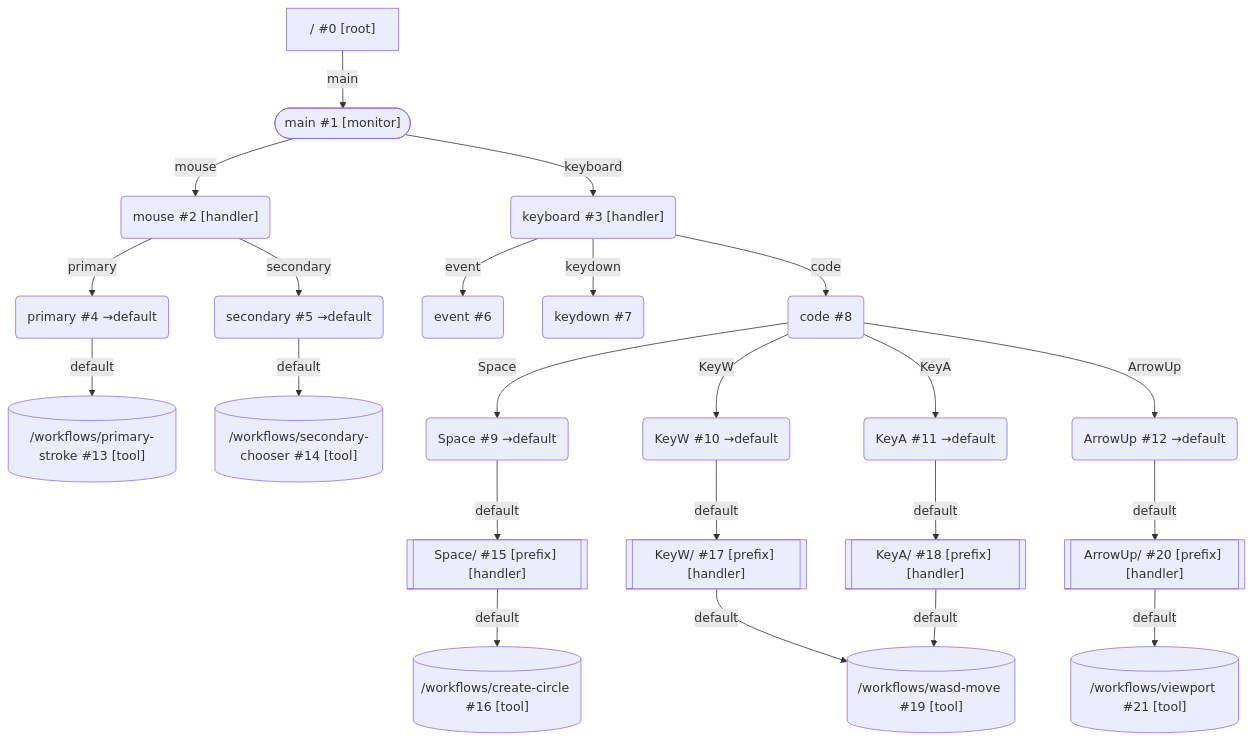
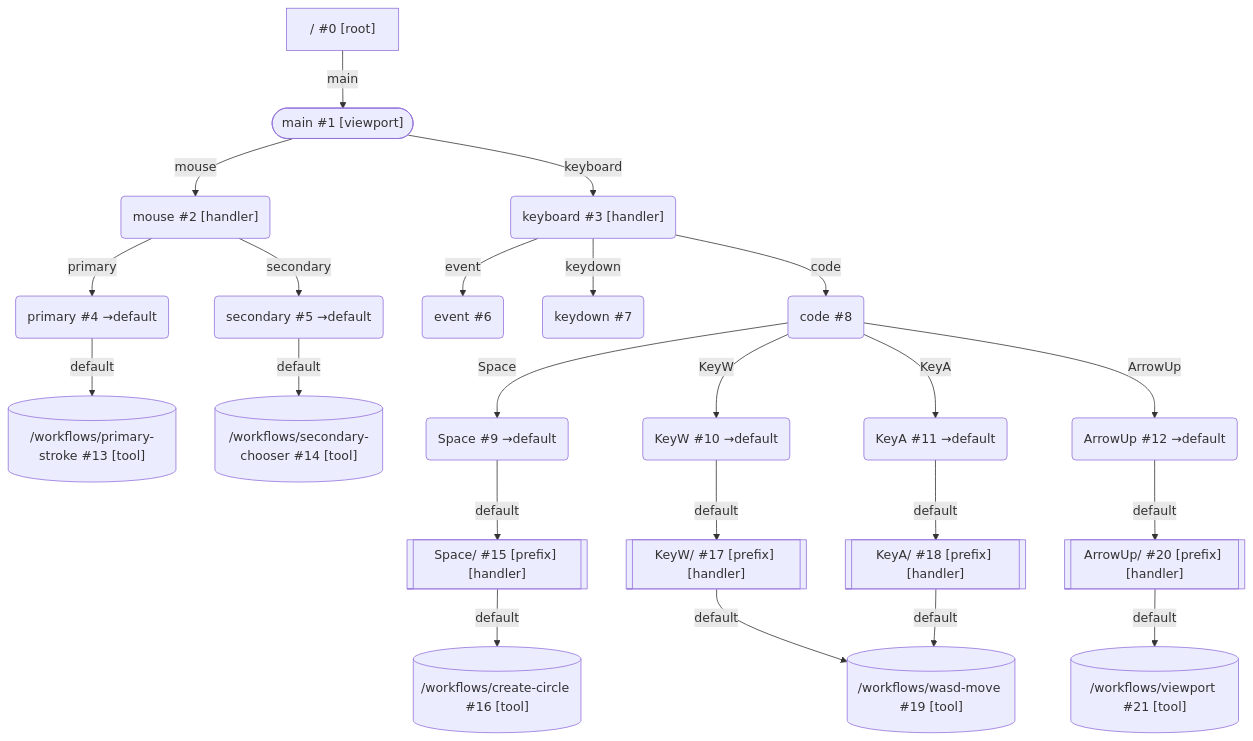
One commit to Frank-Steven/HoundWhiteboard changed the diagram in src/core/devices-dag/docs/devices-dag-example.md. Above: the diagram before and after it, drawn with Mermaid. The commit also changed other lines of this file and 98 other files, not shown here.

Commit message:
refactor(viewport): 将 Monitor 全线重命名为 Viewport

````diff
--- a/src/core/devices-dag/docs/devices-dag-example.md
+++ b/src/core/devices-dag/docs/devices-dag-example.md
@@ -7,44 +7,44 @@
 ```mermaid
 flowchart TD
   0["/ #0 [root]"]
   0 -->|"main"| 1
-  1(["main #1 [monitor]"])
+  1(["main #1 [viewport]"])
 
   1 -->|"mouse"| 2
   2("mouse #2 [handler]")
   1 -->|"keyboard"| 3
   3("keyboard #3 [handler]")
 
   2 -->|"primary"| 4
   4("primary #4 →default")
   2 -->|"secondary"| 5
   5("secondary #5 →default")
 
   3 -->|"event"| 6("event #6")
   3 -->|"keydown"| 7("keydown #7")
   3 -->|"code"| 8("code #8")
 
   8 -->|"Space"| 9("Space #9 →default")
   8 -->|"KeyW"| 10("KeyW #10 →default")
   8 -->|"KeyA"| 11("KeyA #11 →default")
   8 -->|"ArrowUp"| 12("ArrowUp #12 →default")
 
   4 -->|"default"| 13[("/workflows/primary-stroke #13 [tool]")]
   5 -->|"default"| 14[("/workflows/secondary-chooser #14 [tool]")]
 
   9 -->|"default"| 15
   15[["Space/ #15 [prefix] [handler]"]]
   15 -->|"default"| 16[("/workflows/create-circle #16 [tool]")]
 
   10 -->|"default"| 17
   17[["KeyW/ #17 [prefix] [handler]"]]
   11 -->|"default"| 18
   18[["KeyA/ #18 [prefix] [handler]"]]
 
   17 -->|"default"| 19[("/workflows/wasd-move #19 [tool]")]
   18 -->|"default"| 19
 
   12 -->|"default"| 20
   20[["ArrowUp/ #20 [prefix] [handler]"]]
   20 -->|"default"| 21[("/workflows/viewport #21 [tool]")]
 ```
````
